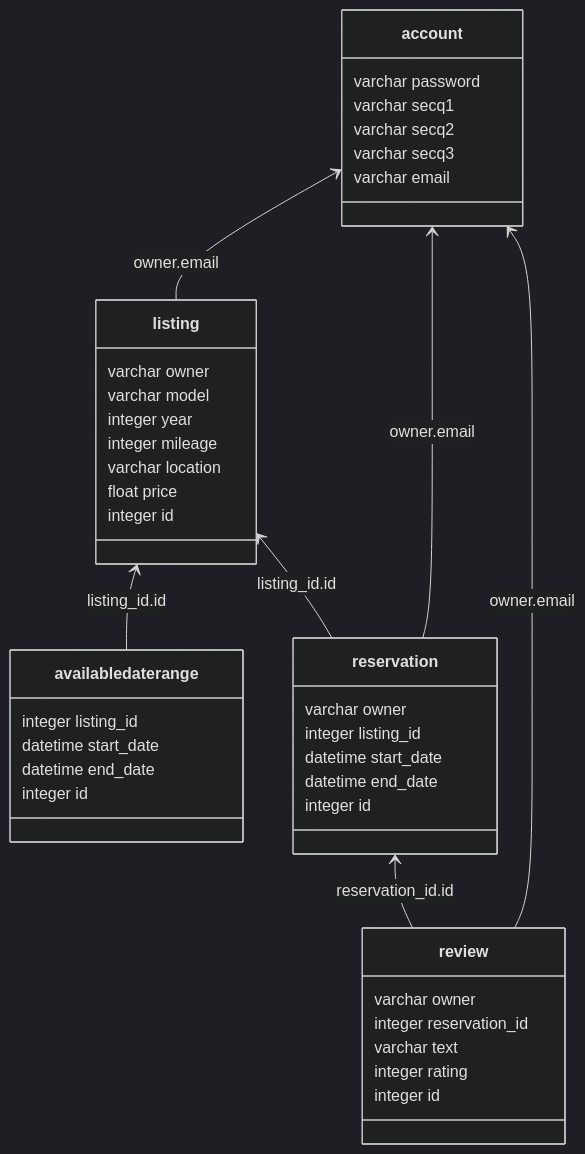
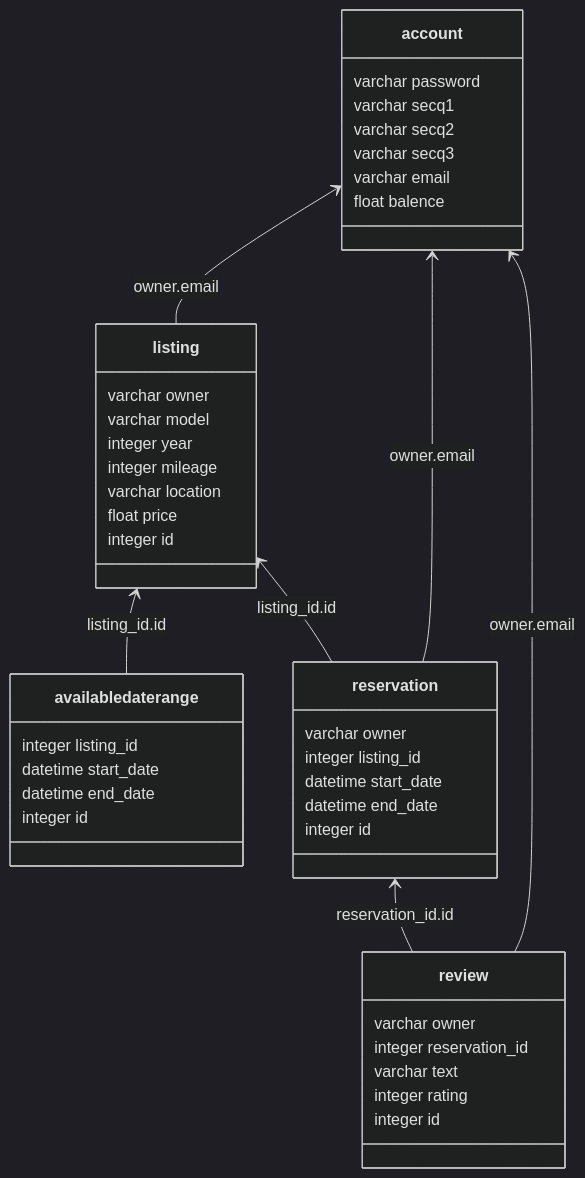
Before and after one commit to andyblarblar/DriveShareWeb: the diagram in docs/ER.md, drawn with Mermaid (dark theme). The commit also changed 3 other files, not shown here.

````diff
--- a/docs/ER.md
+++ b/docs/ER.md
@@ -3,48 +3,49 @@
 ```mermaid
 classDiagram
     direction BT
     class account {
         varchar password
         varchar secq1
         varchar secq2
         varchar secq3
         varchar email
+        float balence
     }
     class availabledaterange {
         integer listing_id
         datetime start_date
         datetime end_date
         integer id
     }
     class listing {
         varchar owner
         varchar model
         integer year
         integer mileage
         varchar location
         float price
         integer id
     }
     class reservation {
         varchar owner
         integer listing_id
         datetime start_date
         datetime end_date
         integer id
     }
     class review {
         varchar owner
         integer reservation_id
         varchar text
         integer rating
         integer id
     }
 
     availabledaterange --> listing: listing_id.id
     listing --> account: owner.email
     reservation --> account: owner.email
     reservation --> listing: listing_id.id
     review --> account: owner.email
     review --> reservation: reservation_id.id
 
 ```
````
